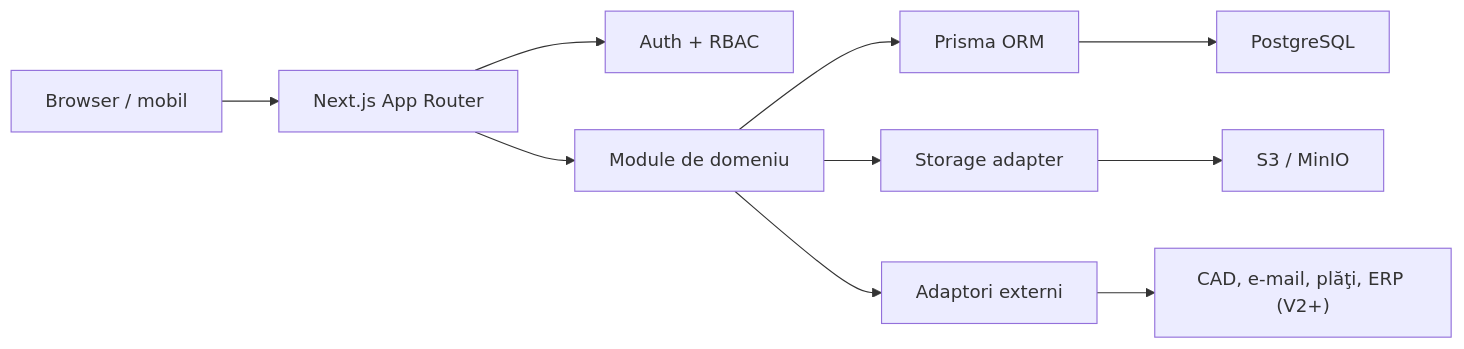
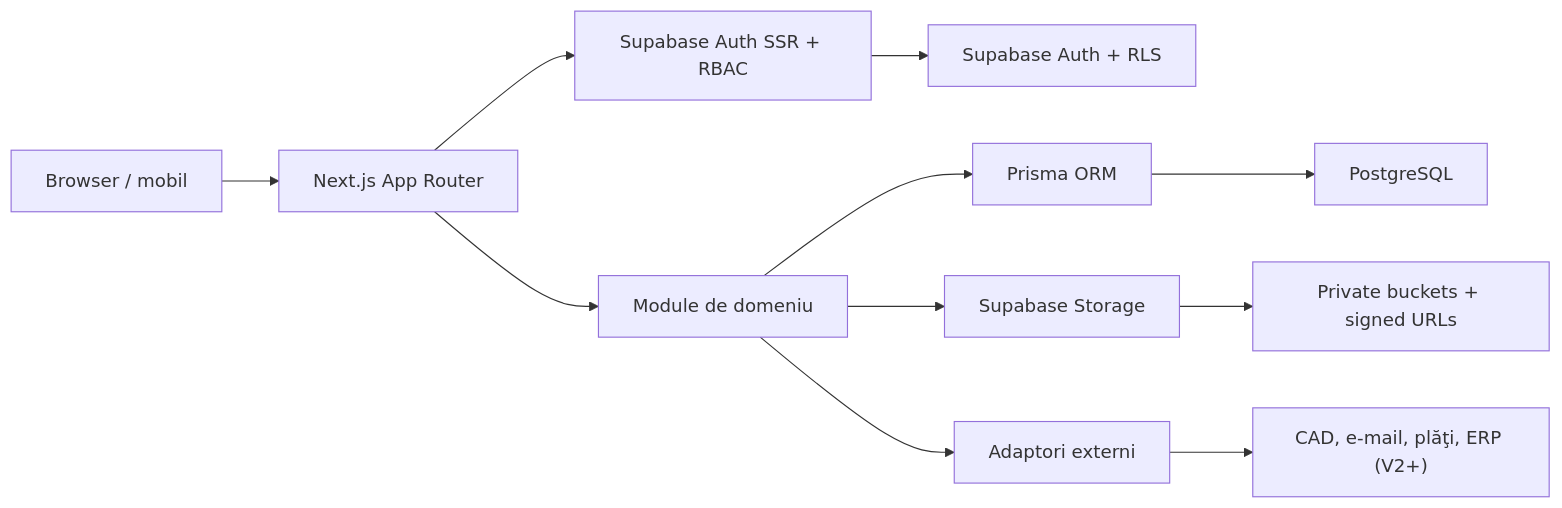
One commit to calin555/nexo-smart-buildings changed the diagram in ARCHITECTURE.md. Above: the diagram before and after it, drawn with Mermaid. The commit also changed other lines of this file and 67 other files, not shown here.

````diff
--- a/ARCHITECTURE.md
+++ b/ARCHITECTURE.md
@@ -7,12 +7,13 @@
 ```mermaid
 flowchart LR
   Browser["Browser / mobil"] --> Web["Next.js App Router"]
-  Web --> Auth["Auth + RBAC"]
+  Web --> Auth["Supabase Auth SSR + RBAC"]
   Web --> Domain["Module de domeniu"]
   Domain --> Prisma["Prisma ORM"]
   Prisma --> PG["PostgreSQL"]
-  Domain --> Storage["Storage adapter"]
-  Storage --> S3["S3 / MinIO"]
+  Auth --> Supabase["Supabase Auth + RLS"]
+  Domain --> Storage["Supabase Storage"]
+  Storage --> S3["Private buckets + signed URLs"]
   Domain --> Adapters["Adaptori externi"]
   Adapters --> Future["CAD, e-mail, plăţi, ERP (V2+)"]
 ```
````
